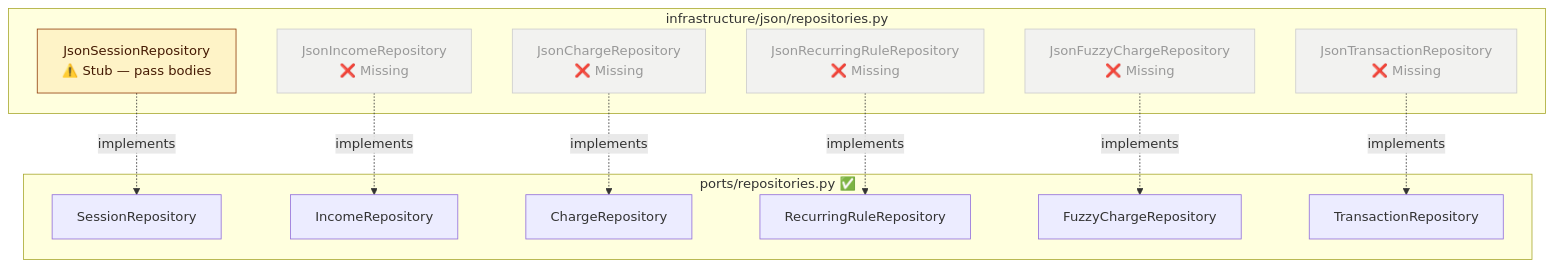
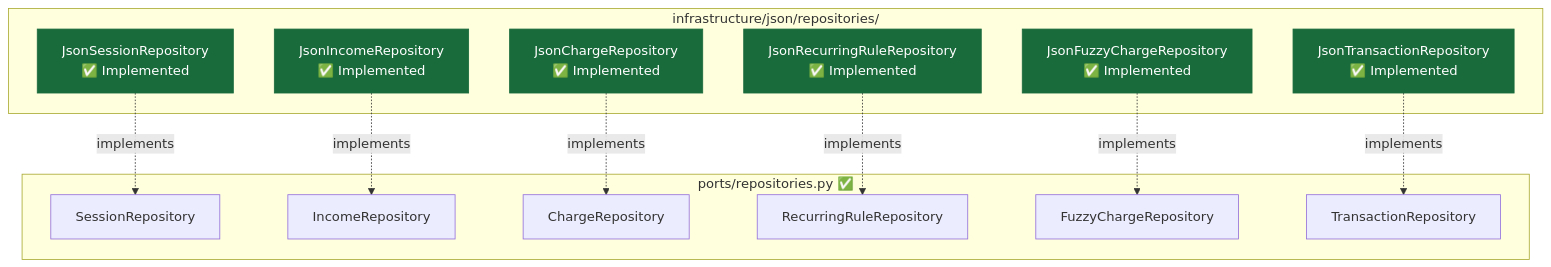
One commit to MoaminShikha/student-expense-tracker changed the tenth of 25 diagrams in Docs/stage1_implementation_status.md. Above: the diagram before and after it, drawn with Mermaid. The commit also changed other lines of this file and 6 other files, not shown here.

````diff
--- a/Docs/stage1_implementation_status.md
+++ b/Docs/stage1_implementation_status.md
@@ -313,34 +313,34 @@
 ```mermaid
 graph TD
-    subgraph adapters["infrastructure/json/repositories.py"]
-        JSR["JsonSessionRepository\n⚠️ Stub — pass bodies"]
-        JIR["JsonIncomeRepository\n❌ Missing"]
-        JCR["JsonChargeRepository\n❌ Missing"]
-        JRR["JsonRecurringRuleRepository\n❌ Missing"]
-        JFR["JsonFuzzyChargeRepository\n❌ Missing"]
-        JTR["JsonTransactionRepository\n❌ Missing"]
+    subgraph adapters["infrastructure/json/repositories/"]
+        JSR["JsonSessionRepository\n✅ Implemented"]
+        JIR["JsonIncomeRepository\n✅ Implemented"]
+        JCR["JsonChargeRepository\n✅ Implemented"]
+        JRR["JsonRecurringRuleRepository\n✅ Implemented"]
+        JFR["JsonFuzzyChargeRepository\n✅ Implemented"]
+        JTR["JsonTransactionRepository\n✅ Implemented"]
     end
 
     subgraph protocols["ports/repositories.py ✅"]
         SR[SessionRepository]
         IR[IncomeRepository]
         CR[ChargeRepository]
         RR[RecurringRuleRepository]
         FR[FuzzyChargeRepository]
         TR[TransactionRepository]
     end
 
     JSR -.->|implements| SR
     JIR -.->|implements| IR
     JCR -.->|implements| CR
     JRR -.->|implements| RR
     JFR -.->|implements| FR
     JTR -.->|implements| TR
 
-    style JSR fill:#fef3c7,stroke:#92400e,color:#451a03
-    style JIR fill:#f2f2f0,stroke:#ccc,color:#999
-    style JCR fill:#f2f2f0,stroke:#ccc,color:#999
-    style JRR fill:#f2f2f0,stroke:#ccc,color:#999
-    style JFR fill:#f2f2f0,stroke:#ccc,color:#999
-    style JTR fill:#f2f2f0,stroke:#ccc,color:#999
+    style JSR fill:#1a6b3c,color:#fff,stroke:#1a6b3c
+    style JIR fill:#1a6b3c,color:#fff,stroke:#1a6b3c
+    style JCR fill:#1a6b3c,color:#fff,stroke:#1a6b3c
+    style JRR fill:#1a6b3c,color:#fff,stroke:#1a6b3c
+    style JFR fill:#1a6b3c,color:#fff,stroke:#1a6b3c
+    style JTR fill:#1a6b3c,color:#fff,stroke:#1a6b3c
 ```
````
